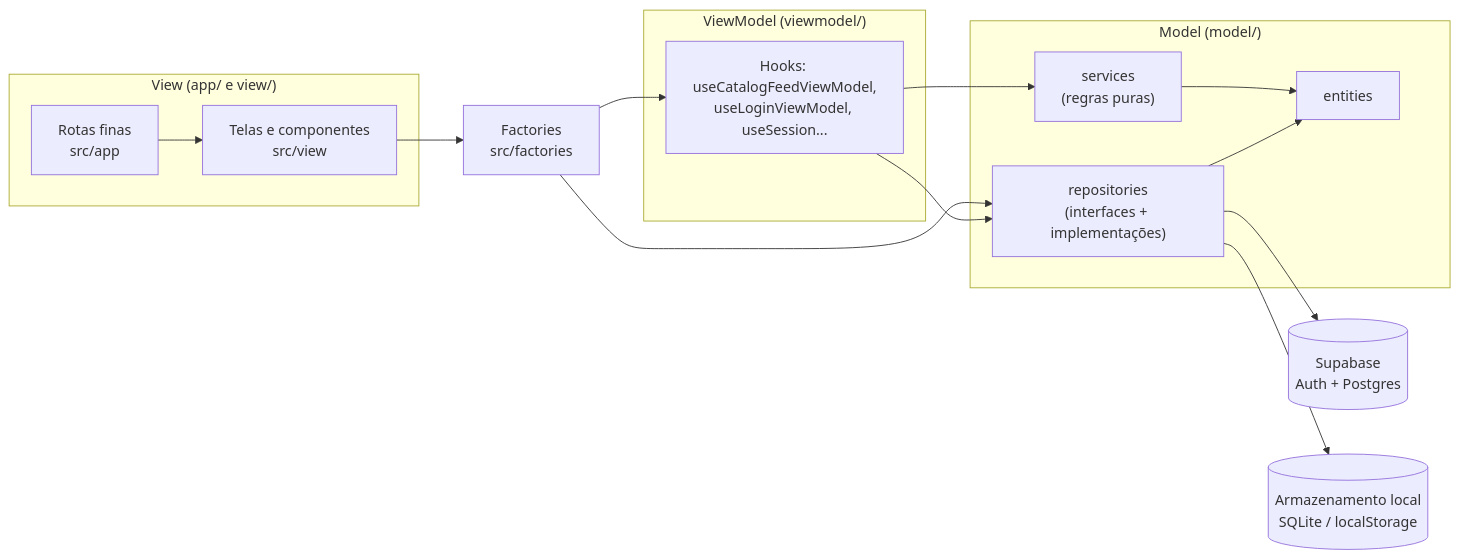
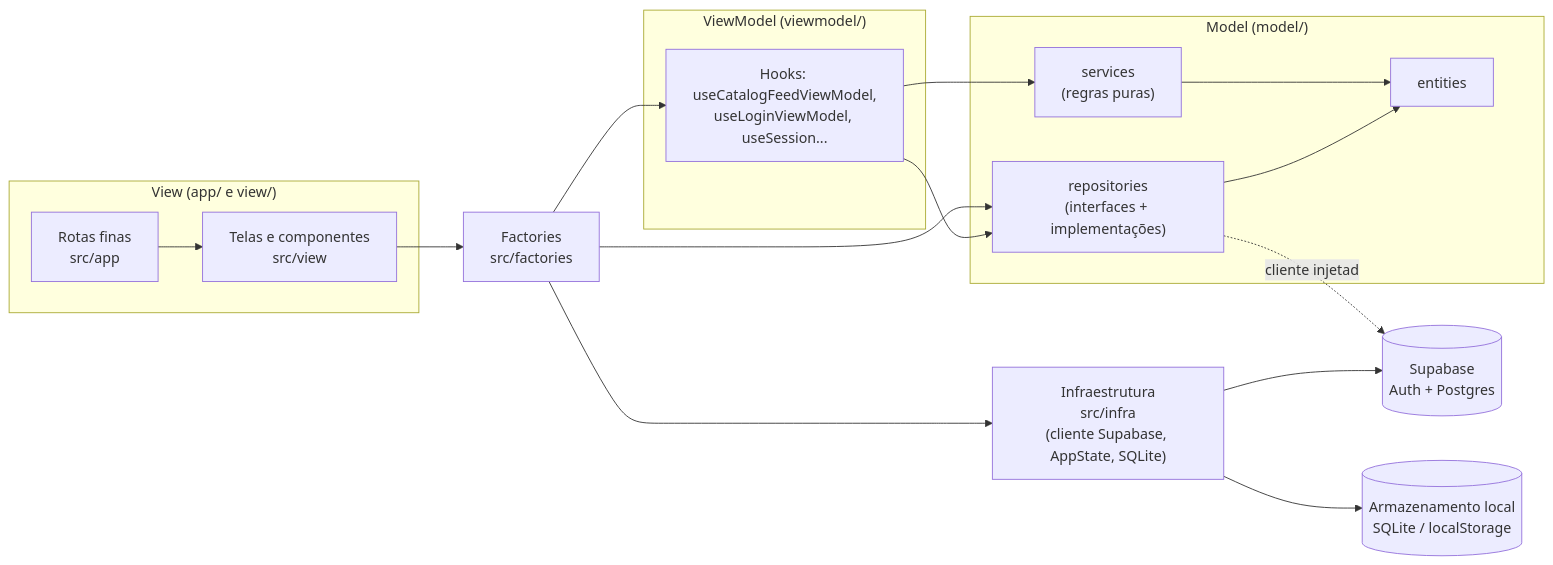
One commit to Ghostyxseven/IpeBook changed the first of 6 diagrams in docs/relatorio-pdm.md. Above: the diagram before and after it, drawn with Mermaid. The commit also changed other lines of this file and 13 other files, not shown here.

````diff
--- a/docs/relatorio-pdm.md
+++ b/docs/relatorio-pdm.md
@@ -30,29 +30,32 @@
 ```mermaid
 flowchart LR
   subgraph View["View (app/ e view/)"]
     R["Rotas finas<br/>src/app"]
     S["Telas e componentes<br/>src/view"]
   end
   subgraph VM["ViewModel (viewmodel/)"]
     H["Hooks: useCatalogFeedViewModel,<br/>useLoginViewModel, useSession..."]
   end
   F["Factories<br/>src/factories"]
+  I["Infraestrutura<br/>src/infra<br/>(cliente Supabase, AppState, SQLite)"]
   subgraph Model["Model (model/)"]
     E["entities"]
     SV["services<br/>(regras puras)"]
     RP["repositories<br/>(interfaces + implementações)"]
   end
   SB[("Supabase<br/>Auth + Postgres")]
   LS[("Armazenamento local<br/>SQLite / localStorage")]
 
   R --> S
   S --> F
   F --> H
   F --> RP
   H --> RP
   H --> SV
   SV --> E
   RP --> E
-  RP --> SB
-  RP --> LS
+  F --> I
+  I --> SB
+  I --> LS
+  RP -.cliente injetado.-> SB
 ```
````
